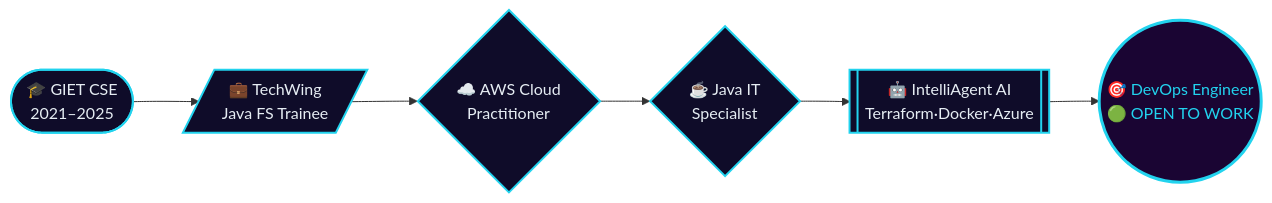
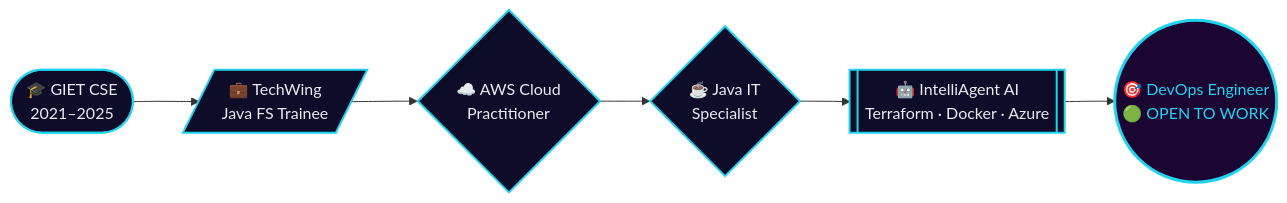
Before and after one commit to SaiKrishnaKasimalla-839/SaiKrishnaKasimalla-839: the diagram in README.md, drawn with Mermaid. The commit also changed other lines of this file, not shown here.

````diff
--- a/README.md
+++ b/README.md
@@ -65,13 +65,13 @@
 ```mermaid
 flowchart LR
-    A([🎓 GIET CSE\n2021–2025]) --> B[/💼 TechWing\nJava FS Trainee/]
-    B --> C{☁️ AWS Cloud\nPractitioner}
-    C --> D{☕ Java IT\nSpecialist}
-    D --> E[[🤖 IntelliAgent AI\nTerraform·Docker·Azure]]
-    E --> F((🎯 DevOps Engineer\n🟢 OPEN TO WORK))
+    A(["🎓 GIET CSE<br/>2021–2025"]) --> B[/"💼 TechWing<br/>Java FS Trainee"/]
+    B --> C{"☁️ AWS Cloud<br/>Practitioner"}
+    C --> D{"☕ Java IT<br/>Specialist"}
+    D --> E[["🤖 IntelliAgent AI<br/>Terraform · Docker · Azure"]]
+    E --> F(("🎯 DevOps Engineer<br/>🟢 OPEN TO WORK"))
 
     classDef done fill:#0f0c29,stroke:#22D3EE,stroke-width:2px,color:#e6edf3
     classDef now fill:#1a0533,stroke:#22D3EE,stroke-width:3px,color:#22D3EE
     class A,B,C,D,E done
     class F now
 ```
````
